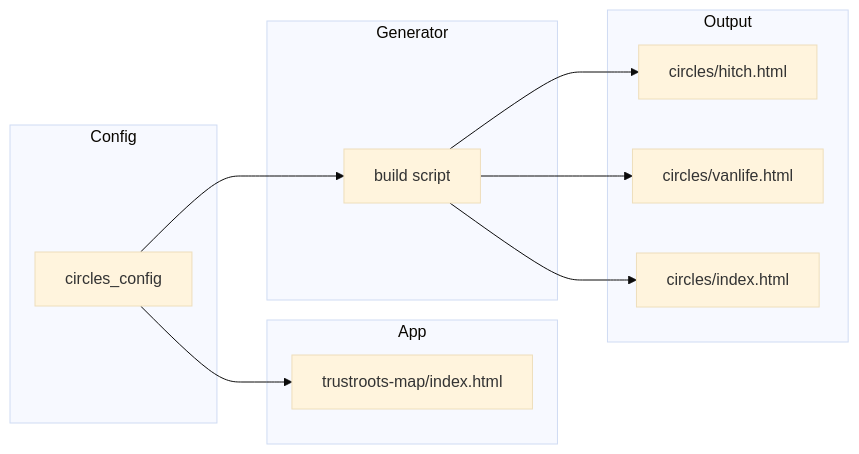
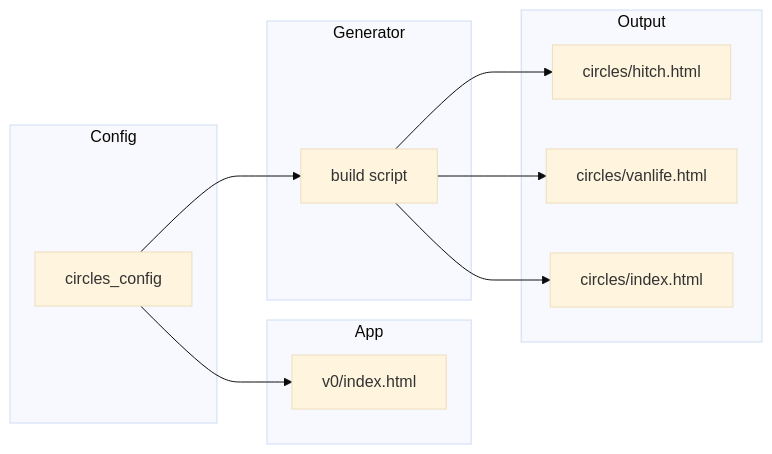
One commit to Trustroots/nostroots changed the diagram in vibe/docs/circle-apps-idea.md. Above: the diagram before and after it, drawn with Mermaid (base theme). The commit also changed other lines of this file and 34 other files, not shown here.

First line of the commit message:
Rename trustroots-map app to v0 and rebrand as "Nostroots Web".

````diff
--- a/vibe/docs/circle-apps-idea.md
+++ b/vibe/docs/circle-apps-idea.md
@@ -14,22 +14,22 @@
 ```mermaid
 flowchart LR
   subgraph config [Config]
     C[circles_config]
   end
   subgraph app [App]
-    I[trustroots-map/index.html]
+    I[v0/index.html]
   end
   subgraph gen [Generator]
     S[build script]
   end
   subgraph out [Output]
     H1["circles/hitch.html"]
     H2["circles/vanlife.html"]
     H3["circles/index.html"]
   end
   C --> I
   C --> S
   S --> H1
   S --> H2
   S --> H3
 ```
````
